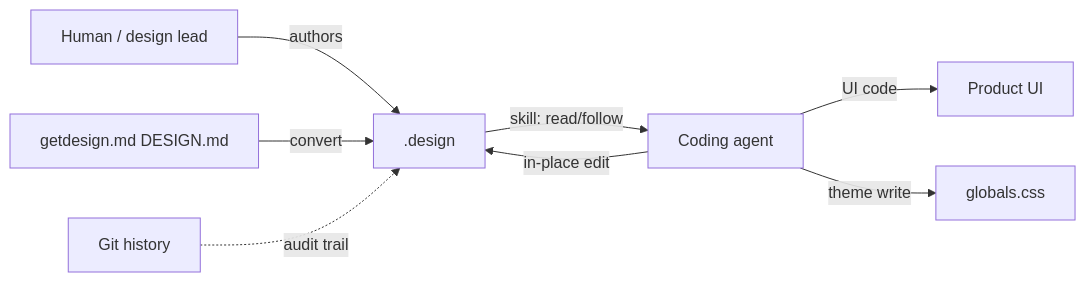
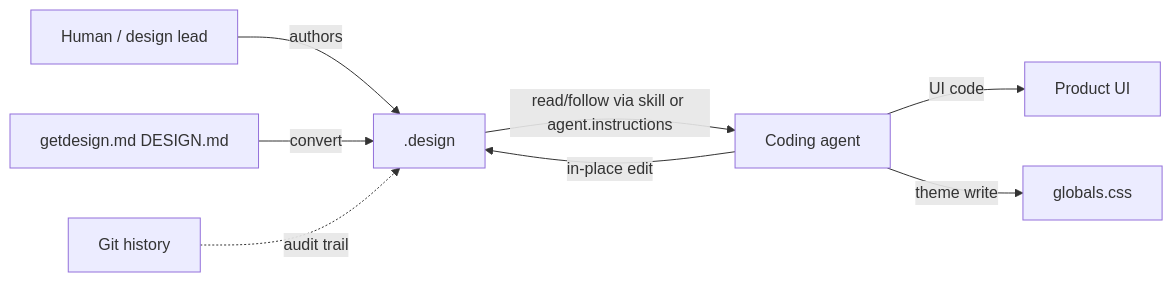
One commit to AgentsORG/DESIGN changed the first of 7 diagrams in docs/overview.md. Above: the diagram before and after it, drawn with Mermaid. The commit also changed other lines of this file and 25 other files, not shown here.

````diff
--- a/docs/overview.md
+++ b/docs/overview.md
@@ -15,10 +15,10 @@
 ```mermaid
 flowchart LR
   Human[Human / design lead] -->|authors| D[".design"]
   GetD[getdesign.md DESIGN.md] -->|convert| D
-  D -->|skill: read/follow| Agent[Coding agent]
+  D -->|read/follow via skill or agent.instructions| Agent[Coding agent]
   Agent -->|UI code| App[Product UI]
   Agent -->|theme write| CSS[globals.css]
   Agent -->|in-place edit| D
   Git[Git history] -.->|audit trail| D
 ```
````
